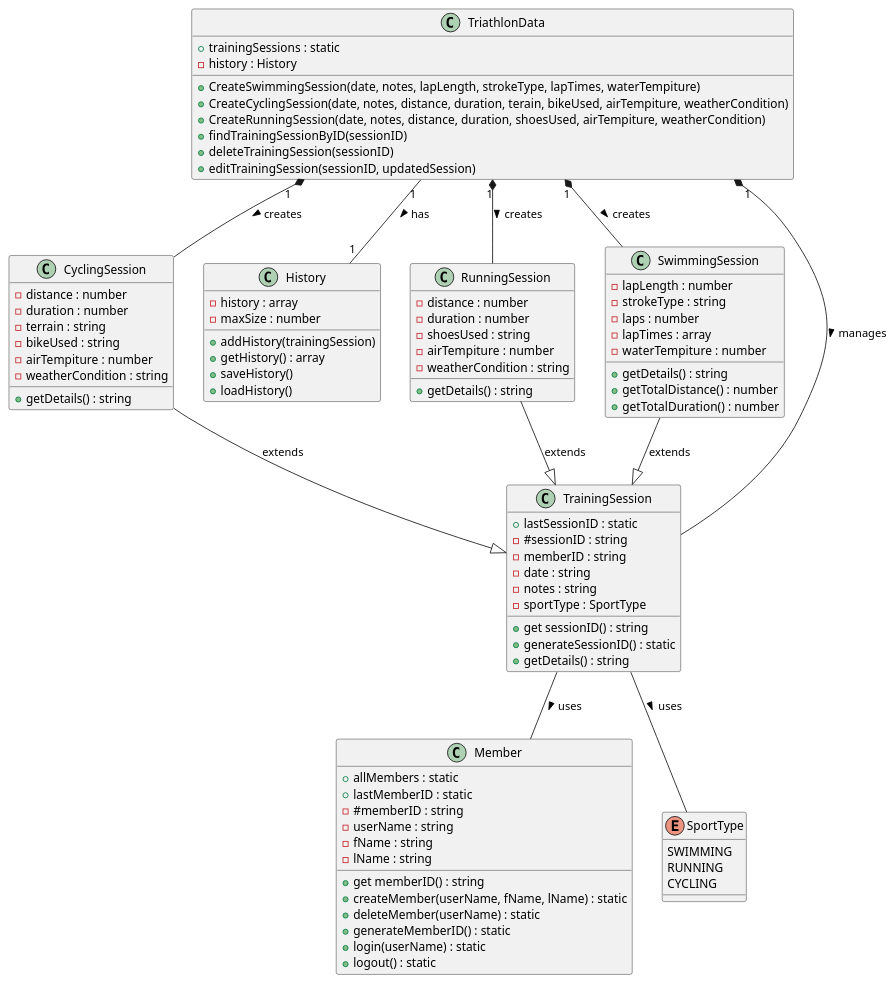
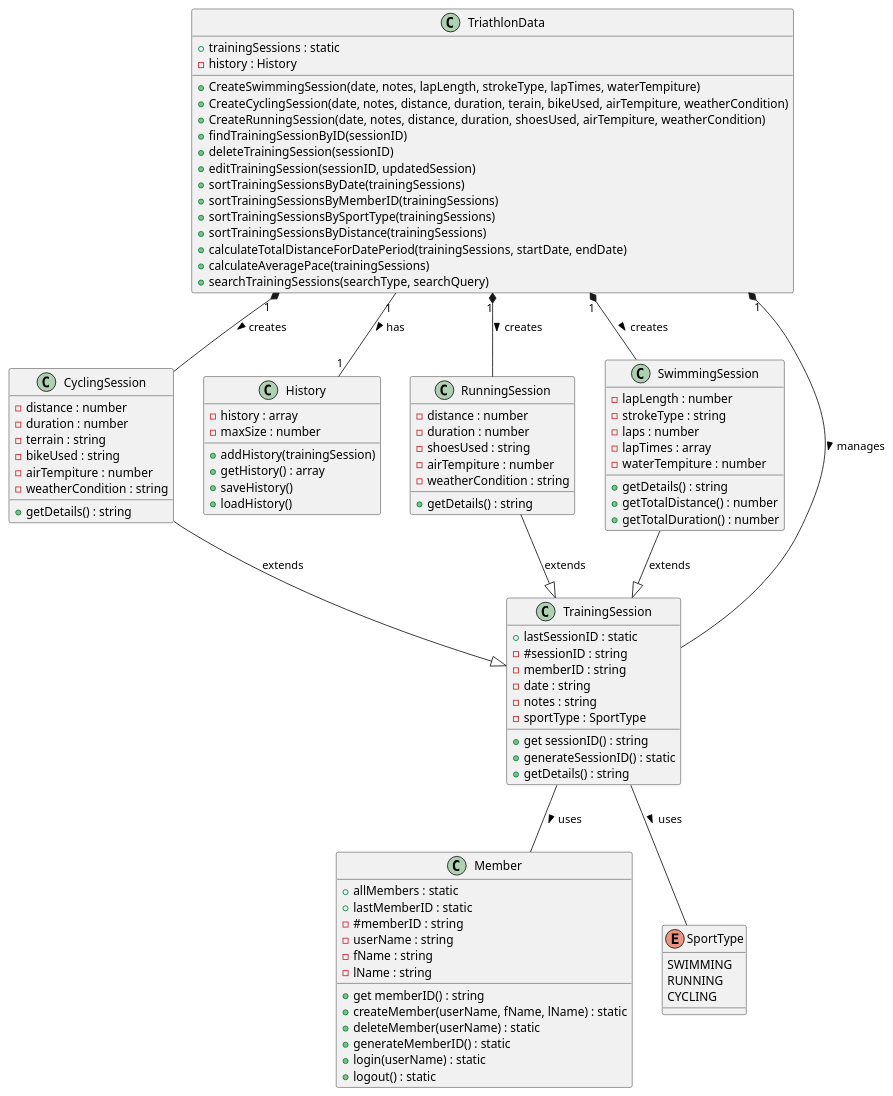
One commit to Reupenny/Triathlete-Plus--Ara-Project changed the diagram in diagram.plantuml. Above: the diagram before and after it, drawn with PlantUML. The commit also changed 6 other files, not shown here.

```diff
--- a/diagram.plantuml
+++ b/diagram.plantuml
@@ -1,95 +1,102 @@
 @startuml
 class CyclingSession {
     -distance : number
     -duration : number
     -terrain : string
     -bikeUsed : string
     -airTempiture : number
     -weatherCondition : string
     +getDetails() : string
 }
 
 class History {
     -history : array
     -maxSize : number
     +addHistory(trainingSession)
     +getHistory() : array
     +saveHistory()
     +loadHistory()
 }
 
 class Member {
     +allMembers : static
     +lastMemberID : static
     -#memberID : string
     -userName : string
     -fName : string
     -lName : string
     +get memberID() : string
     +createMember(userName, fName, lName) : static
     +deleteMember(userName) : static
     +generateMemberID() : static
     +login(userName) : static
     +logout() : static
 }
 
 class RunningSession {
     -distance : number
     -duration : number
     -shoesUsed : string
     -airTempiture : number
     -weatherCondition : string
     +getDetails() : string
 }
 
 class SwimmingSession {
     -lapLength : number
     -strokeType : string
     -laps : number
     -lapTimes : array
     -waterTempiture : number
     +getDetails() : string
     +getTotalDistance() : number
     +getTotalDuration() : number
 }
 
 enum SportType {
     SWIMMING
     RUNNING
     CYCLING
 }
 
 class TrainingSession {
     +lastSessionID : static
     -#sessionID : string
     -memberID : string
     -date : string
     -notes : string
     -sportType : SportType
     +get sessionID() : string
     +generateSessionID() : static
     +getDetails() : string
 }
 
 class TriathlonData {
     +trainingSessions : static
     -history : History
     +CreateSwimmingSession(date, notes, lapLength, strokeType, lapTimes, waterTempiture)
     +CreateCyclingSession(date, notes, distance, duration, terain, bikeUsed, airTempiture, weatherCondition)
     +CreateRunningSession(date, notes, distance, duration, shoesUsed, airTempiture, weatherCondition)
     +findTrainingSessionByID(sessionID)
     +deleteTrainingSession(sessionID)
     +editTrainingSession(sessionID, updatedSession)
+    +sortTrainingSessionsByDate(trainingSessions)
+    +sortTrainingSessionsByMemberID(trainingSessions)
+    +sortTrainingSessionsBySportType(trainingSessions)
+    +sortTrainingSessionsByDistance(trainingSessions)
+    +calculateTotalDistanceForDatePeriod(trainingSessions, startDate, endDate)
+    +calculateAveragePace(trainingSessions)
+    +searchTrainingSessions(searchType, searchQuery)
 }
 
 TriathlonData "1" -- "1" History : has >
 TriathlonData "1" *-- TrainingSession : manages >
 TriathlonData "1" *-- SwimmingSession : creates >
 TriathlonData "1" *-- CyclingSession : creates >
 TriathlonData "1" *-- RunningSession : creates >
 CyclingSession --|> TrainingSession : extends
 RunningSession --|> TrainingSession : extends
 SwimmingSession --|> TrainingSession : extends
 TrainingSession -- SportType : uses >
 TrainingSession -- Member : uses >
 @enduml
```
